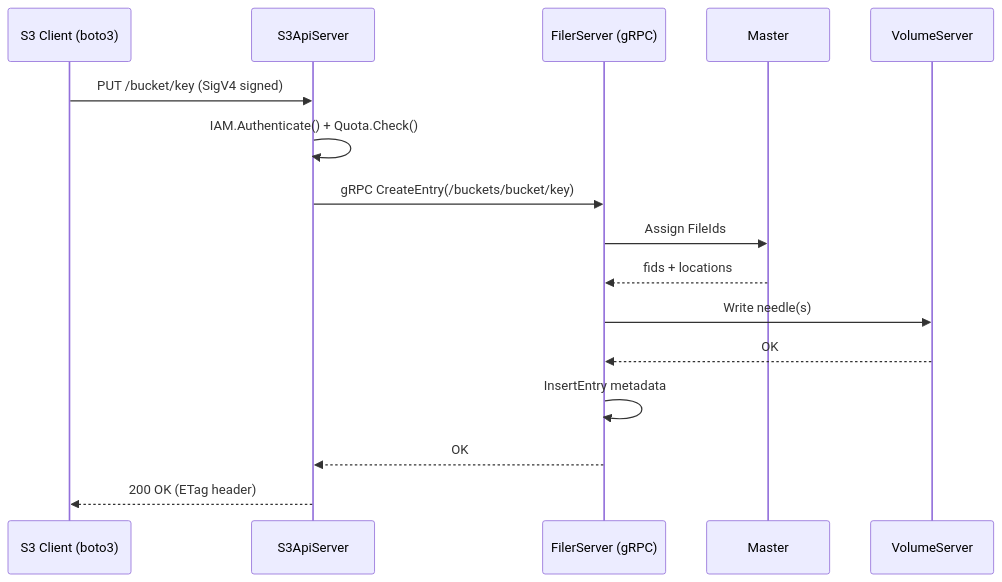
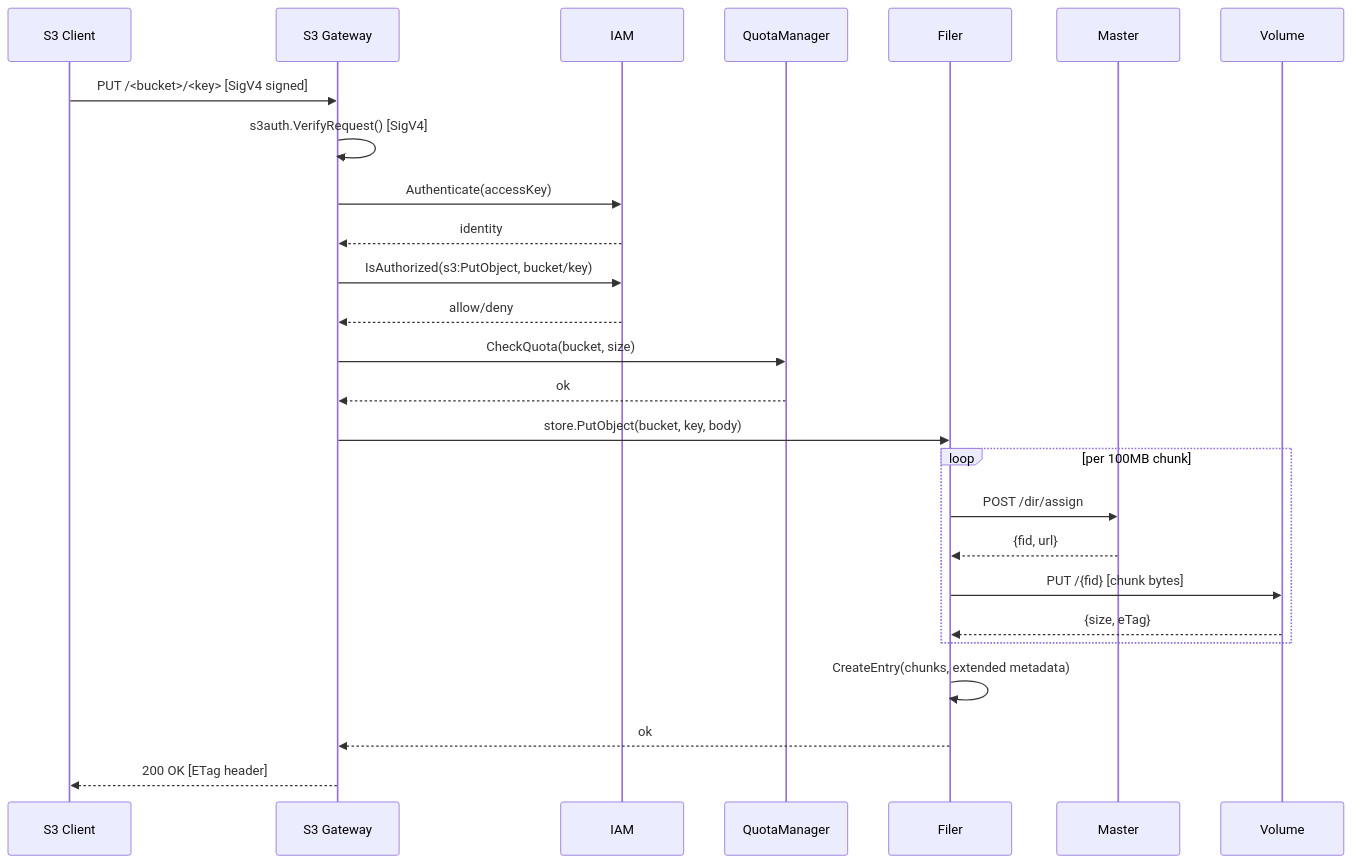
The eighth of 15 diagrams in design/diagrams.md (Khanh-21522203/GoBlob), drawn with Mermaid before and after one commit. The commit also changed other lines of this file, not shown here.

Commit message:
dia: diagram knowledge

````diff
--- a/design/diagrams.md
+++ b/design/diagrams.md
@@ -251,19 +302,34 @@
 ```mermaid
 sequenceDiagram
-    participant CLI as S3 Client (boto3)
-    participant S3 as S3ApiServer
-    participant F as FilerServer (gRPC)
-    participant M as Master
-    participant V as VolumeServer
+    participant SC as S3 Client
+    participant GW as S3 Gateway
+    participant IA as IAM
+    participant QM as QuotaManager
+    participant FL as Filer
+    participant MS as Master
+    participant VS as Volume
 
-    CLI->>S3: PUT /bucket/key (SigV4 signed)
-    S3->>S3: IAM.Authenticate() + Quota.Check()
-    S3->>F: gRPC CreateEntry(/buckets/bucket/key)
-    F->>M: Assign FileIds
-    M-->>F: fids + locations
-    F->>V: Write needle(s)
-    V-->>F: OK
-    F->>F: InsertEntry metadata
-    F-->>S3: OK
-    S3-->>CLI: 200 OK (ETag header)
+    SC->>GW: PUT /<bucket>/<key> [SigV4 signed]
+    GW->>GW: s3auth.VerifyRequest() [SigV4]
+    GW->>IA: Authenticate(accessKey)
+    IA-->>GW: identity
+    GW->>IA: IsAuthorized(s3:PutObject, bucket/key)
+    IA-->>GW: allow/deny
+
+    GW->>QM: CheckQuota(bucket, size)
+    QM-->>GW: ok
+
+    GW->>FL: store.PutObject(bucket, key, body)
+
+    loop per 100MB chunk
+        FL->>MS: POST /dir/assign
+        MS-->>FL: {fid, url}
+        FL->>VS: PUT /{fid} [chunk bytes]
+        VS-->>FL: {size, eTag}
+    end
+
+    FL->>FL: CreateEntry(chunks, extended metadata)
+    FL-->>GW: ok
+
+    GW-->>SC: 200 OK [ETag header]
 ```
````
